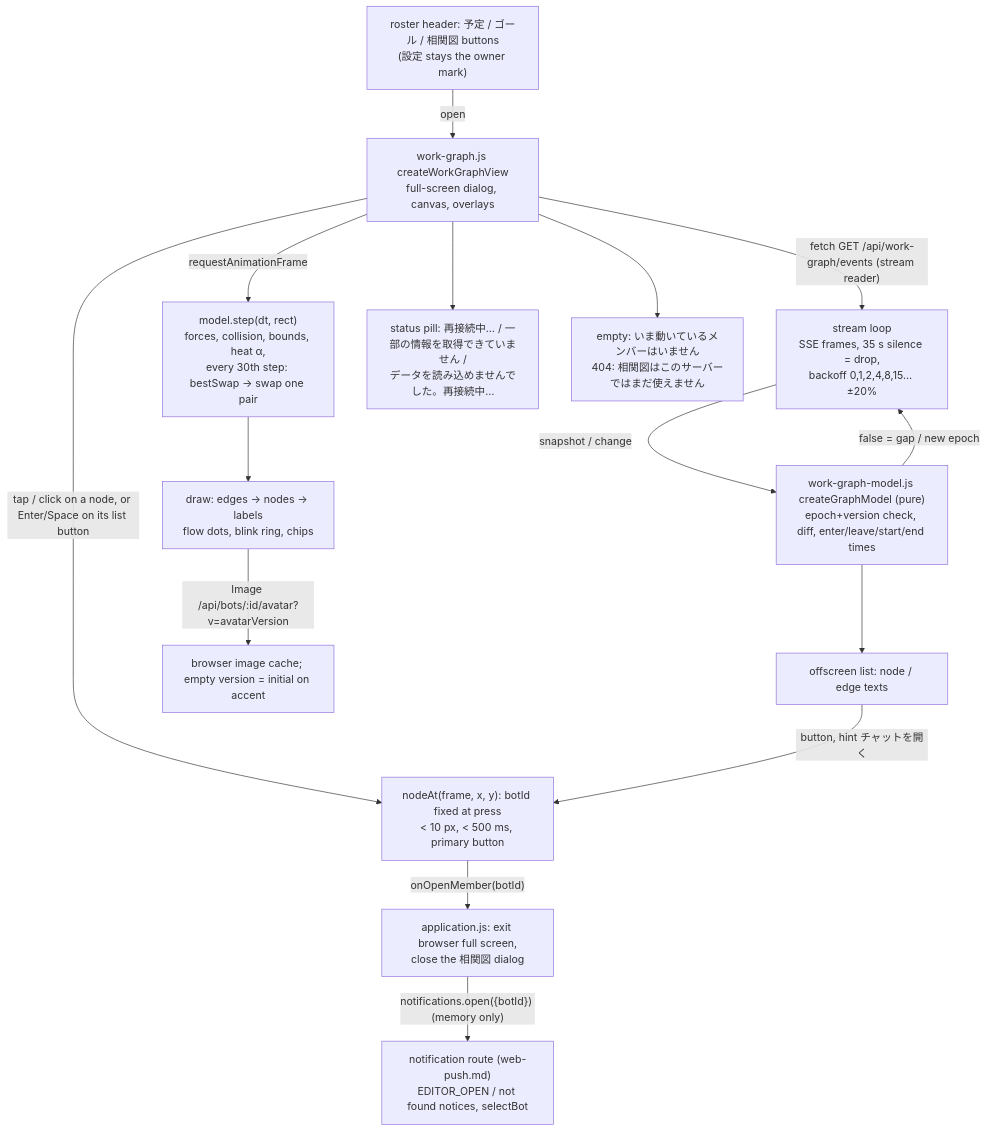
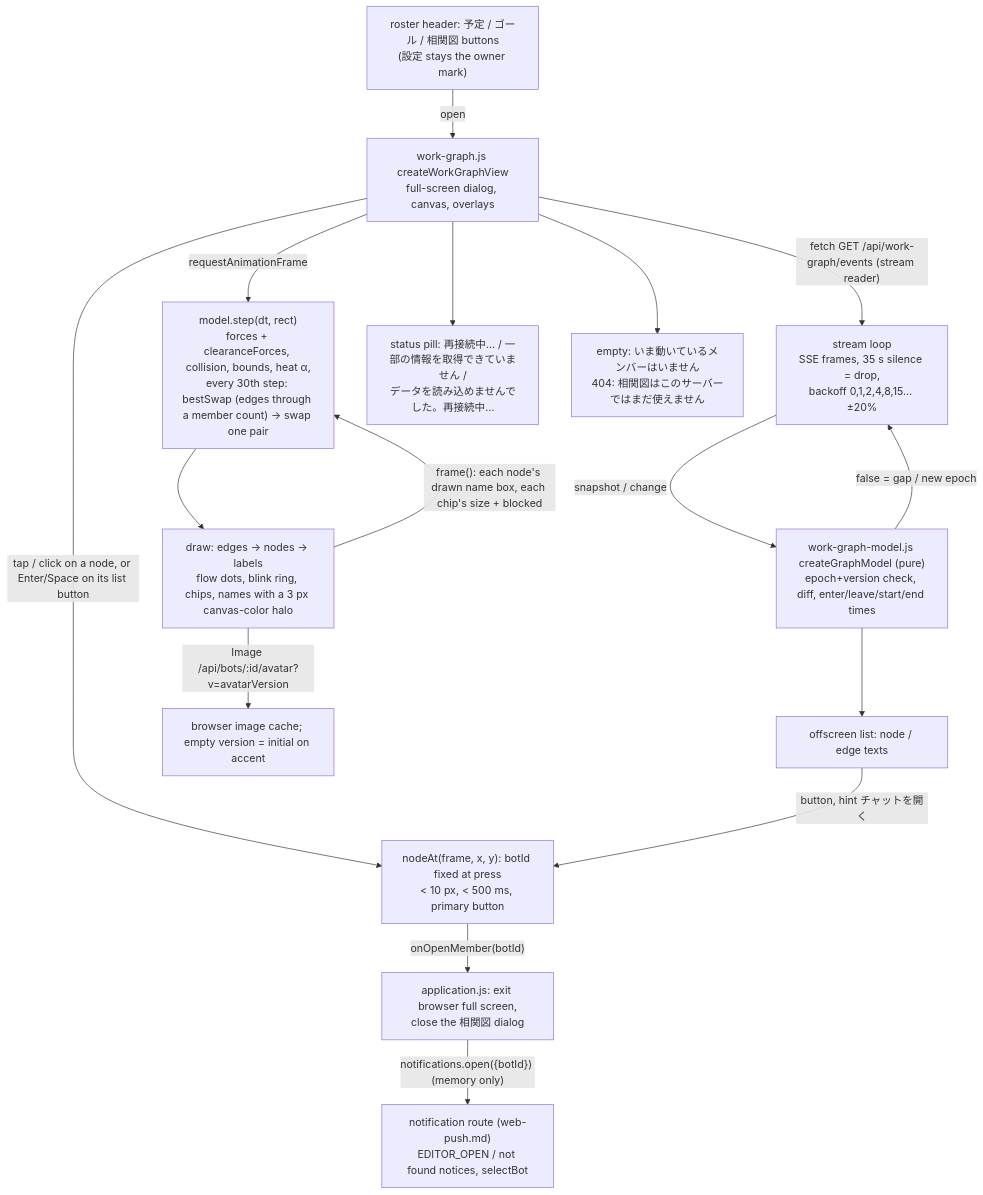
Before and after one commit to kitepon/BellTeam: the diagram in docs/architecture/modules/web/work-graph.md, drawn with Mermaid. The commit also changed other lines of this file and 3 other files, not shown here.

First line of the commit message:
Web 相関図: clearance keeps edges and chips off unrelated members (spec 61e14d6a)

````diff
--- a/docs/architecture/modules/web/work-graph.md
+++ b/docs/architecture/modules/web/work-graph.md
@@ -7,17 +7,18 @@
 ```mermaid
 flowchart TD
   Nav["roster header: 予定 / ゴール / 相関図 buttons<br/>(設定 stays the owner mark)"] -->|open| View["work-graph.js createWorkGraphView<br/>full-screen dialog, canvas, overlays"]
   View -->|"fetch GET /api/work-graph/events (stream reader)"| Stream["stream loop<br/>SSE frames, 35 s silence = drop,<br/>backoff 0,1,2,4,8,15… ±20%"]
   Stream -->|snapshot / change| Model["work-graph-model.js createGraphModel (pure)<br/>epoch+version check, diff, enter/leave/start/end times"]
   Model -->|"false = gap / new epoch"| Stream
-  View -->|requestAnimationFrame| Step["model.step(dt, rect)<br/>forces, collision, bounds, heat α,<br/>every 30th step: bestSwap → swap one pair"]
-  Step --> Draw["draw: edges → nodes → labels<br/>flow dots, blink ring, chips"]
+  View -->|requestAnimationFrame| Step["model.step(dt, rect)<br/>forces + clearanceForces, collision, bounds, heat α,<br/>every 30th step: bestSwap (edges through a member count) → swap one pair"]
+  Step --> Draw["draw: edges → nodes → labels<br/>flow dots, blink ring, chips, names with a 3 px canvas-color halo"]
+  Draw -->|"frame(): each node's drawn name box, each chip's size + blocked"| Step
   Model --> A11y["offscreen list: node / edge texts"]
   View --> Pills["status pill: 再接続中… / 一部の情報を取得できていません /<br/>データを読み込めませんでした。再接続中…"]
   View --> Empty["empty: いま動いているメンバーはいません<br/>404: 相関図はこのサーバーではまだ使えません"]
   Draw -->|"Image /api/bots/:id/avatar?v=avatarVersion"| Avatars["browser image cache; empty version = initial on accent"]
   View -->|"tap / click on a node, or Enter/Space on its list button"| Tap["nodeAt(frame, x, y): botId fixed at press<br/>&lt; 10 px, &lt; 500 ms, primary button"]
   A11y -->|"button, hint チャットを開く"| Tap
   Tap -->|"onOpenMember(botId)"| App["application.js: exit browser full screen,<br/>close the 相関図 dialog"]
   App -->|"notifications.open({botId}) (memory only)"| Route["notification route (web-push.md)<br/>EDITOR_OPEN / not found notices, selectBot"]
 ```
````
